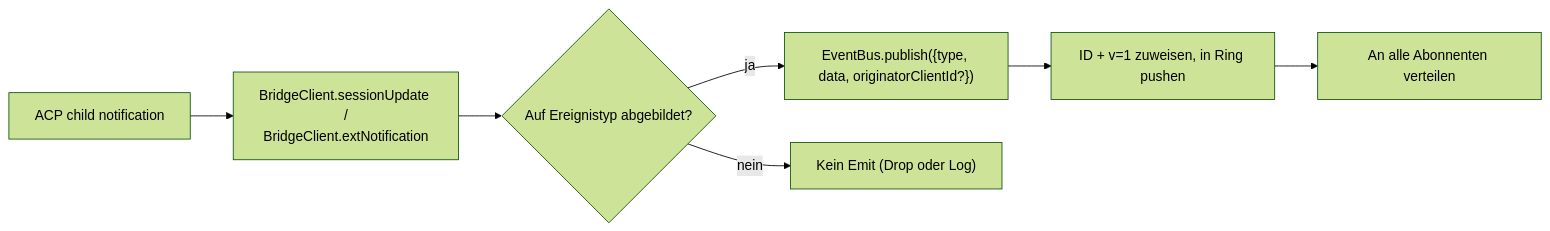
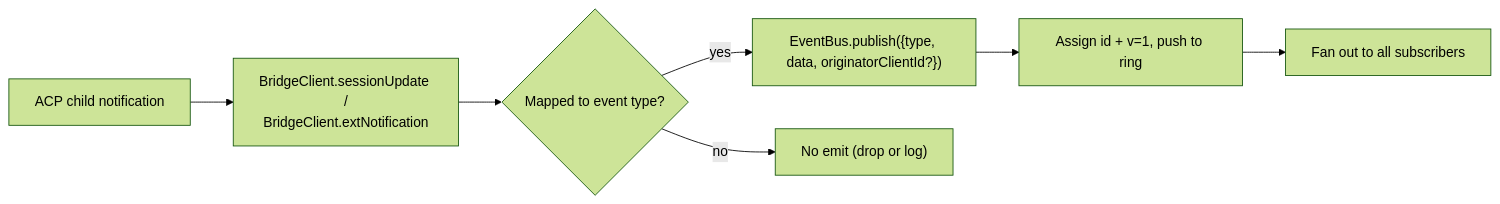
Before and after one commit to QwenLM/qwen-code-docs: the first of 2 diagrams in website/content/de/developers/daemon/09-event-schema.md, drawn with Mermaid (forest theme). The commit also changed other lines of this file and 162 other files, not shown here.

````diff
--- a/website/content/de/developers/daemon/09-event-schema.md
+++ b/website/content/de/developers/daemon/09-event-schema.md
@@ -167,9 +181,9 @@
 ```mermaid
 flowchart LR
     A["ACP child notification"] --> B["BridgeClient.sessionUpdate /<br/>BridgeClient.extNotification"]
-    B --> C{"Auf Ereignistyp abgebildet?"}
-    C -->|ja| D["EventBus.publish({type, data, originatorClientId?})"]
-    C -->|nein| E["Kein Emit (Drop oder Log)"]
-    D --> F["ID + v=1 zuweisen, in Ring pushen"]
-    F --> G["An alle Abonnenten verteilen"]
+    B --> C{"Mapped to event type?"}
+    C -->|yes| D["EventBus.publish({type, data, originatorClientId?})"]
+    C -->|no| E["No emit (drop or log)"]
+    D --> F["Assign id + v=1, push to ring"]
+    F --> G["Fan out to all subscribers"]
 ```
````
